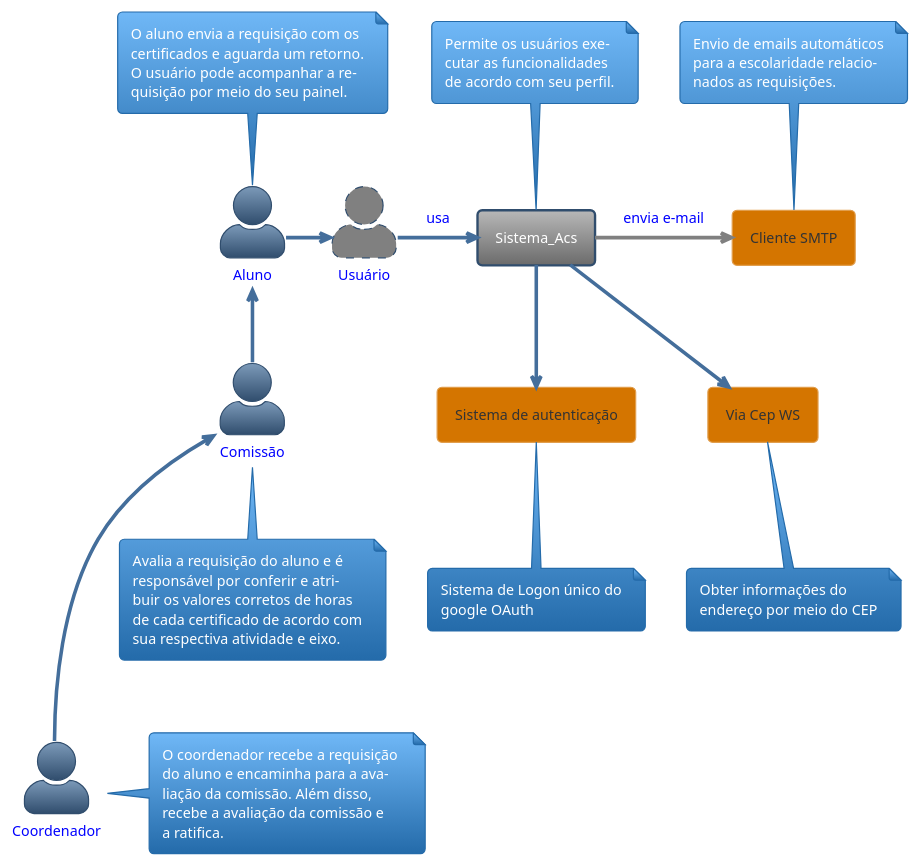
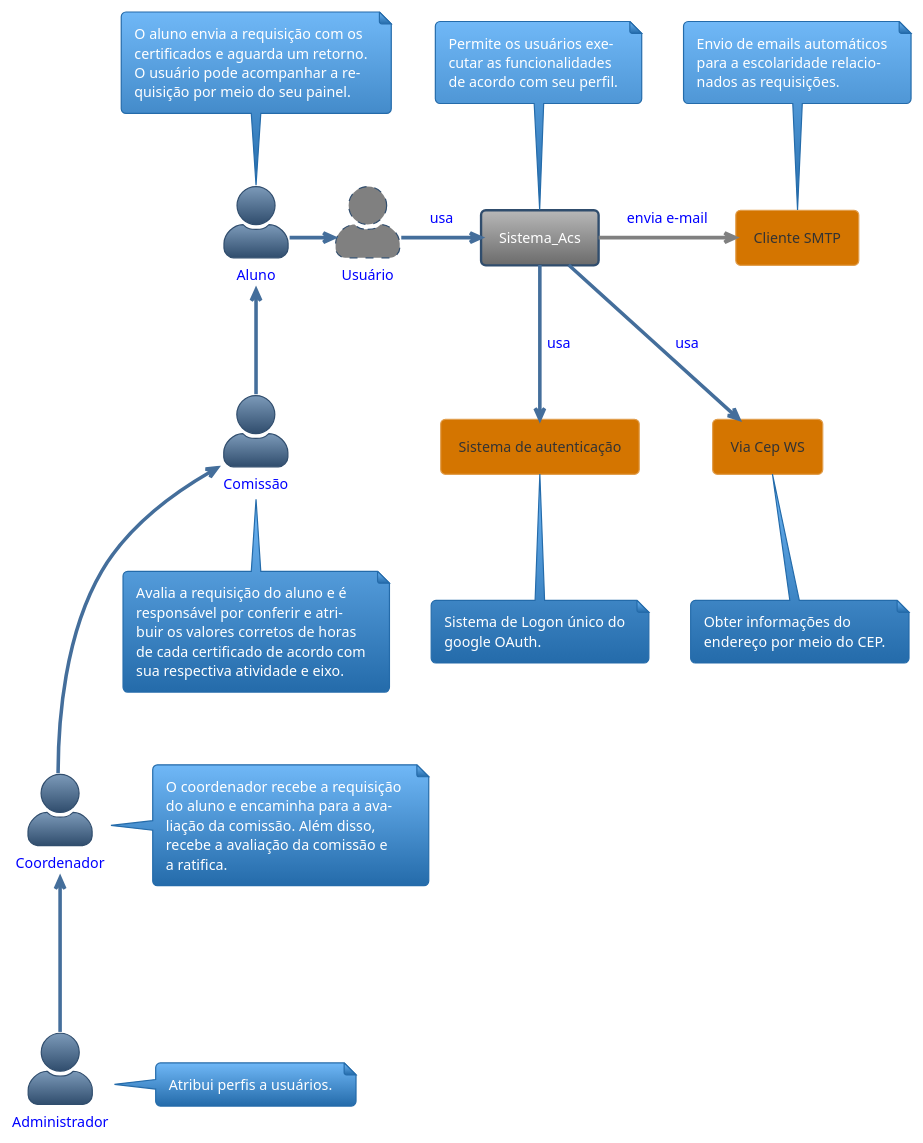
Before and after one commit to kvojps/sistema-acs: the diagram in sistema-docs/src/2. Níveis/2.1 Contexto - C1/diagrama-c1.puml, drawn with PlantUML. The commit also changed 1 other file, not shown here.

Commit message:
adicionando diagrama e descrição textual do C1

```diff
--- a/sistema-docs/src/2. Níveis/2.1 Contexto - C1/diagrama-c1.puml
+++ b/sistema-docs/src/2. Níveis/2.1 Contexto - C1/diagrama-c1.puml
@@ -1,68 +1,74 @@
 @startuml Diagrama c1 - contexto
 !theme spacelab
 skinparam actorStyle awesome
 
 actor Usuário #gray;line.dashed;text:blue
 actor Aluno #text:blue
+actor Comissão #text:blue
 actor Coordenador #text:blue
-actor Comissão #text:blue
+actor Administrador #text:blue
 
 note top of Aluno
     O aluno envia a requisição com os
     certificados e aguarda um retorno.
     O usuário pode acompanhar a re- 
     quisição por meio do seu painel.
 end note
 
 note right of Coordenador
     O coordenador recebe a requisição 
     do aluno e encaminha para a ava-
     liação da comissão. Além disso, 
     recebe a avaliação da comissão e
     a ratifica.
 end note
 
 note bottom of Comissão
     Avalia a requisição do aluno e é 
     responsável por conferir e atri-
     buir os valores corretos de horas
     de cada certificado de acordo com
     sua respectiva atividade e eixo.
 end note
 
+note right of Administrador
+    Atribui perfis a usuários.
+end note
+
 Aluno  -right-> Usuário
 Comissão -up-> Aluno
 Coordenador -up--> Comissão
+Administrador -up--> Coordenador
 
 rectangle Sistema_Acs
 
 note top of Sistema_Acs
     Permite os usuários exe-
     cutar as funcionalidades
     de acordo com seu perfil.
 end note
 
 agent Cliente_SMTP as "Cliente SMTP"
 note top of Cliente_SMTP
     Envio de emails automáticos
     para a escolaridade relacio-
     nados as requisições.
 end note
 
 agent OAuth2 as "Sistema de autenticação"
 note bottom of OAuth2
     Sistema de Logon único do
-    google OAuth
+    google OAuth.
 end note
 
 Agent ViaCep as "Via Cep WS"
 note bottom of ViaCep
     Obter informações do 
-    endereço por meio do CEP
+    endereço por meio do CEP.
 end note
 
 Usuário -right-> Sistema_Acs #text:blue : usa
 Sistema_Acs -right-> Cliente_SMTP #line:gray;text:blue : envia e-mail
-Sistema_Acs -down-> OAuth2
-Sistema_Acs -down-> ViaCep
+Sistema_Acs -down-> OAuth2 #text:blue : usa
+Sistema_Acs -down-> ViaCep #text:blue : usa
 @enduml
```
